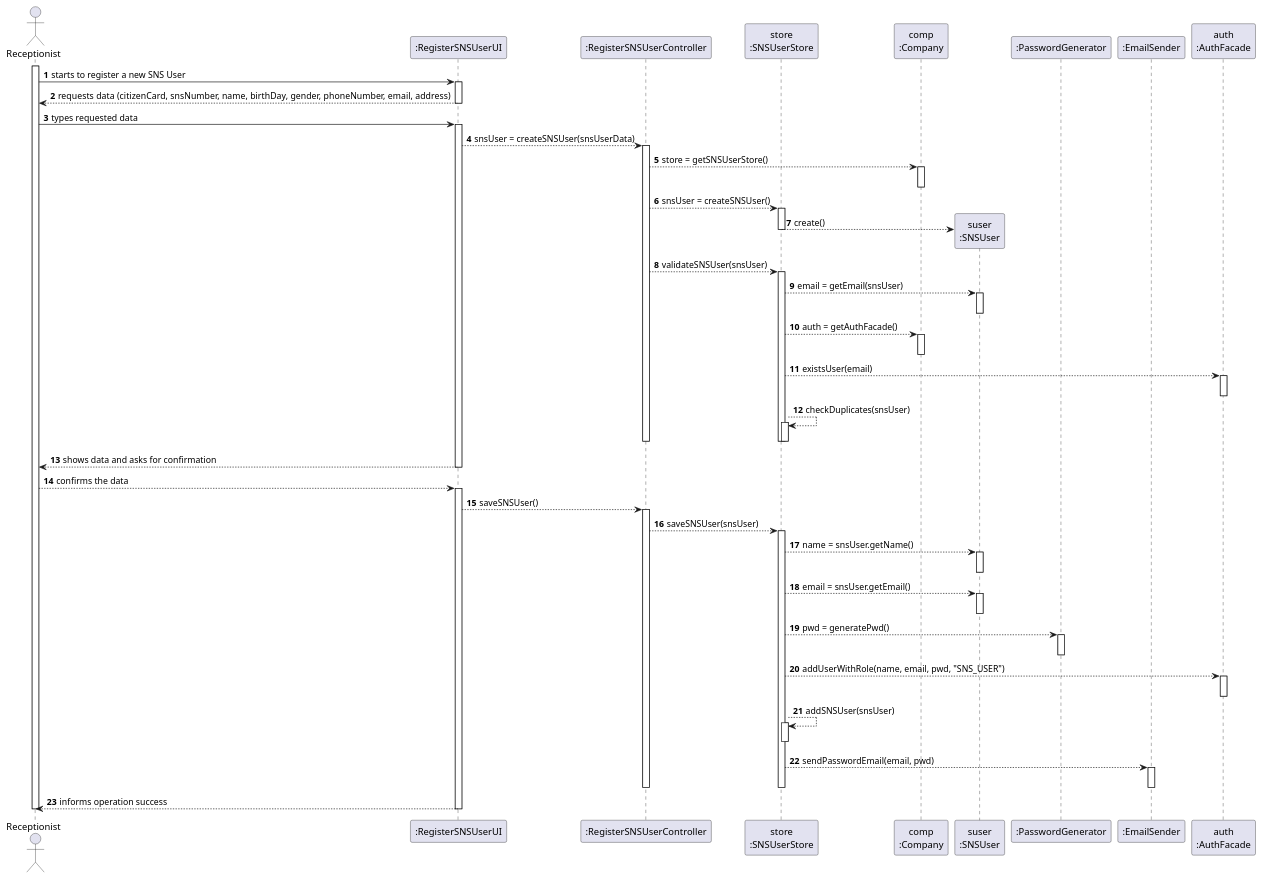
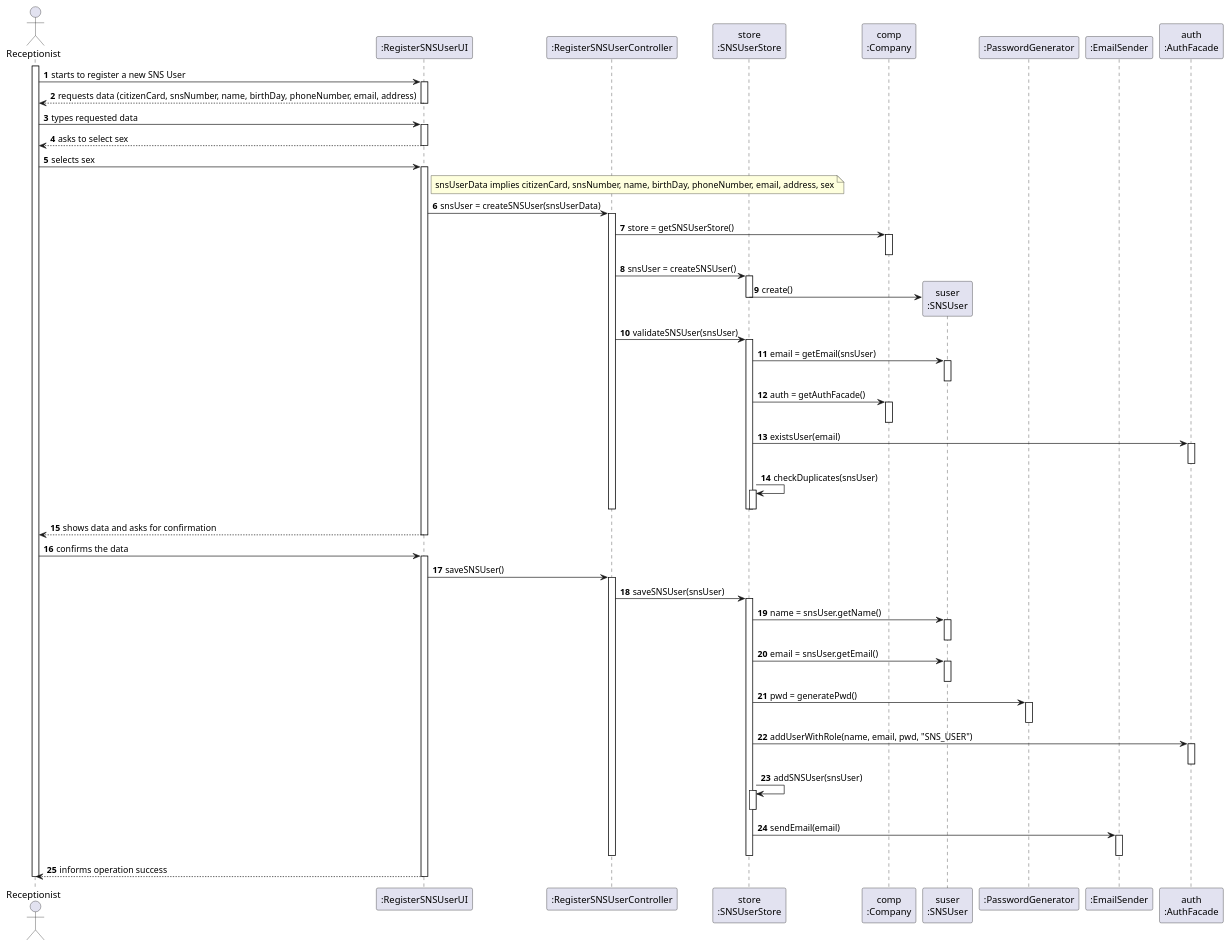
One commit to miseEnPlace-i/lapr2 changed the diagram in docs/SprintC/US03/SD/US03_SD.puml. Above: the diagram before and after it, drawn with PlantUML. The commit also changed 5 other files, not shown here.

```diff
--- a/docs/SprintC/US03/SD/US03_SD.puml
+++ b/docs/SprintC/US03/SD/US03_SD.puml
@@ -1,113 +1,113 @@
 @startuml Sequence Diagram
 autonumber
 'hide footbox
 actor "Receptionist" as RECEPT
 
 participant ":RegisterSNSUserUI" as UI
 participant ":RegisterSNSUserController" as CTRL
 participant "store\n:SNSUserStore" as STORE
 participant "comp\n:Company" as COMP
 participant "suser\n:SNSUser" as SUSER
 participant ":PasswordGenerator" as PWDGEN
 participant ":EmailSender" as EMAIL
 participant "auth\n:AuthFacade" as AUTH
 
 activate RECEPT
-RECEPT -> UI : starts to register a new SNS User
-activate UI
-UI --> RECEPT : requests data (citizenCard, snsNumber, name, birthDay, gender, phoneNumber, email, address)
-deactivate UI
+  RECEPT -> UI : starts to register a new SNS User
+  activate UI
+    RECEPT <-- UI : requests data (citizenCard, snsNumber, name, birthDay, phoneNumber, email, address)
+  deactivate UI
 
-RECEPT -> UI : types requested data
-activate UI
+  RECEPT -> UI : types requested data
+  activate UI
+    RECEPT <-- UI : asks to select sex
+  deactivate UI
 
-UI --> CTRL : snsUser = createSNSUser(snsUserData)
-activate CTRL
+  RECEPT -> UI : selects sex
+  activate UI
+    note right of UI
+      snsUserData implies citizenCard, snsNumber, name, birthDay, phoneNumber, email, address, sex
+    end note
 
-CTRL --> COMP : store = getSNSUserStore()
-activate COMP
-deactivate COMP
+    UI -> CTRL : snsUser = createSNSUser(snsUserData)
+    activate CTRL
+      CTRL -> COMP : store = getSNSUserStore()
+      activate COMP
+      deactivate COMP
 
-CTRL --> STORE : snsUser = createSNSUser()
-activate STORE
+      CTRL -> STORE : snsUser = createSNSUser()
+      activate STORE
+        STORE -> SUSER** : create()
+      deactivate STORE
 
-STORE --> SUSER** : create()
+      CTRL -> STORE : validateSNSUser(snsUser)
+      activate STORE
+        STORE -> SUSER : email = getEmail(snsUser)
+        activate SUSER
+        deactivate SUSER
 
-deactivate STORE
+        STORE -> COMP : auth = getAuthFacade()
+        activate COMP
+        deactivate COMP
 
-CTRL --> STORE : validateSNSUser(snsUser)
-activate STORE
+        STORE -> AUTH : existsUser(email)
+        activate AUTH
+        deactivate AUTH
 
-STORE --> SUSER : email = getEmail(snsUser)
-activate SUSER
-deactivate SUSER
+        STORE -> STORE : checkDuplicates(snsUser)
+        activate STORE
+        deactivate STORE
 
-STORE --> COMP : auth = getAuthFacade()
-activate COMP
-deactivate COMP
+      deactivate STORE
+    deactivate CTRL
 
-STORE --> AUTH : existsUser(email)
-activate AUTH
-deactivate AUTH
+  RECEPT <-- UI : shows data and asks for confirmation
+  deactivate UI
 
-STORE --> STORE : checkDuplicates(snsUser)
-activate STORE
-deactivate STORE
-
-deactivate STORE
-deactivate CTRL
-
-UI --> RECEPT : shows data and asks for confirmation
-deactivate UI
-
-
-RECEPT --> UI : confirms the data
-activate UI
-
-UI --> CTRL : saveSNSUser()
-activate CTRL
-
-CTRL --> STORE : saveSNSUser(snsUser)
-activate STORE
+  RECEPT -> UI : confirms the data
+  activate UI
+    UI -> CTRL : saveSNSUser()
+    activate CTRL
+      CTRL -> STORE : saveSNSUser(snsUser)
+      activate STORE
 
 ' STORE --> STORE : validateSNSUser(snsUser)
 ' activate STORE
 ' deactivate STORE
 
-STORE --> SUSER : name = snsUser.getName()
-activate SUSER
-deactivate SUSER
+        STORE -> SUSER : name = snsUser.getName()
+        activate SUSER
+        deactivate SUSER
 
-STORE --> SUSER : email = snsUser.getEmail()
-activate SUSER
-deactivate SUSER
+        STORE -> SUSER : email = snsUser.getEmail()
+        activate SUSER
+        deactivate SUSER
 
-STORE --> PWDGEN : pwd = generatePwd()
-activate PWDGEN
-deactivate PWDGEN
+        STORE -> PWDGEN : pwd = generatePwd()
+        activate PWDGEN
+        deactivate PWDGEN
 
 ' STORE --> COMP : auth = getAuthFacade()
 ' activate COMP
 ' deactivate COMP
 
-STORE --> AUTH : addUserWithRole(name, email, pwd, "SNS_USER")
-activate AUTH
-deactivate AUTH
+        STORE -> AUTH : addUserWithRole(name, email, pwd, "SNS_USER")
+        activate AUTH
+        deactivate AUTH
 
-STORE --> STORE : addSNSUser(snsUser)
-activate STORE
-deactivate STORE
+        STORE -> STORE : addSNSUser(snsUser)
+        activate STORE
+        deactivate STORE
 
-STORE --> EMAIL : sendPasswordEmail(email, pwd)
-activate EMAIL
-deactivate EMAIL
+        STORE -> EMAIL : sendEmail(email)
+        activate EMAIL
+        deactivate EMAIL
+      deactivate STORE
+    deactivate CTRL
 
-deactivate STORE
-deactivate CTRL
-
-UI --> RECEPT : informs operation success
-deactivate UI
+    RECEPT <-- UI : informs operation success
+  deactivate UI
 
 deactivate RECEPT
 
 @enduml
```
